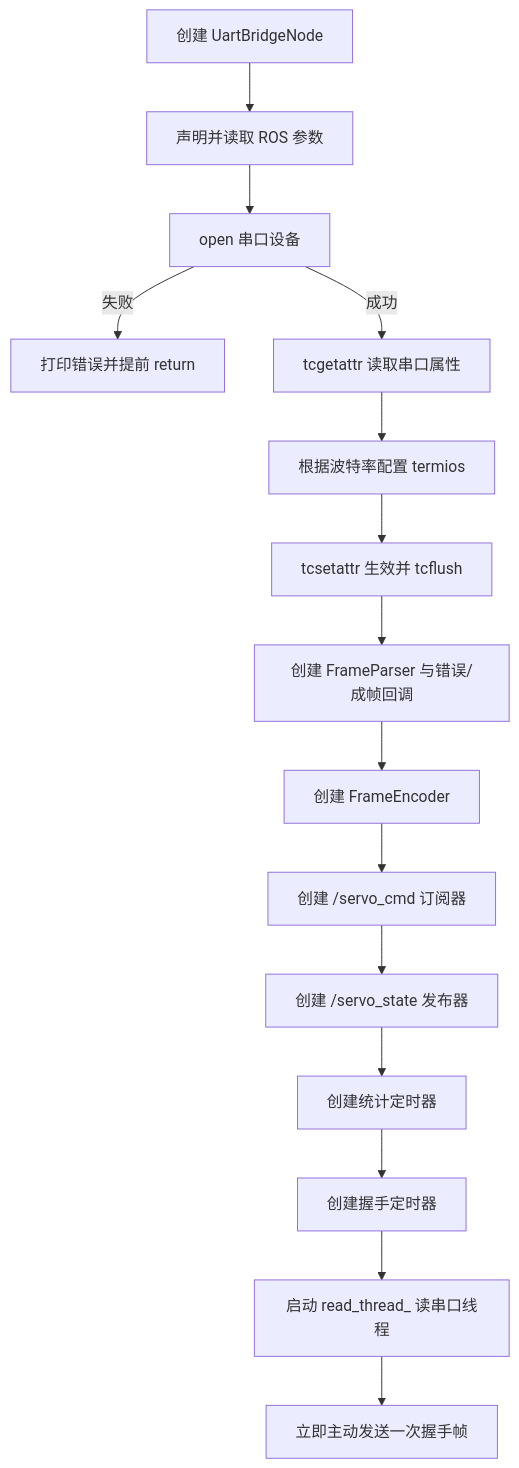
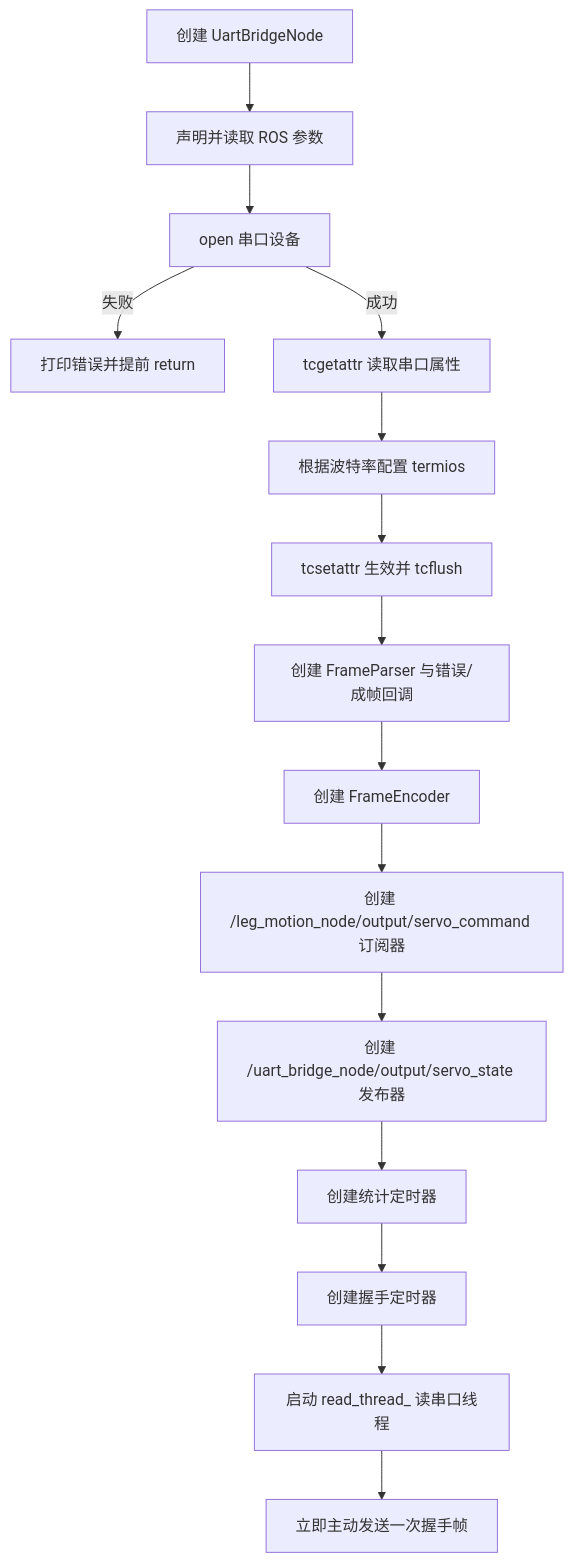
The first of 6 diagrams in docs/uart_bridge/uart_bridge-node-code.md (PT233/dog_dev), drawn with Mermaid before and after one commit. The commit also changed other lines of this file and 322 other files, not shown here.

````diff
--- a/docs/uart_bridge/uart_bridge-node-code.md
+++ b/docs/uart_bridge/uart_bridge-node-code.md
@@ -222,17 +222,17 @@
 ```mermaid
 flowchart TD
   A[创建 UartBridgeNode] --> B[声明并读取 ROS 参数]
   B --> C[open 串口设备]
   C -->|失败| D[打印错误并提前 return]
   C -->|成功| E[tcgetattr 读取串口属性]
   E --> F[根据波特率配置 termios]
   F --> G[tcsetattr 生效并 tcflush]
   G --> H[创建 FrameParser 与错误/成帧回调]
   H --> I[创建 FrameEncoder]
-  I --> J[创建 /servo_cmd 订阅器]
-  J --> K[创建 /servo_state 发布器]
+  I --> J[创建 /leg_motion_node/output/servo_command 订阅器]
+  J --> K[创建 /uart_bridge_node/output/servo_state 发布器]
   K --> L[创建统计定时器]
   L --> M[创建握手定时器]
   M --> N[启动 read_thread_ 读串口线程]
   N --> O[立即主动发送一次握手帧]
 ```
````
